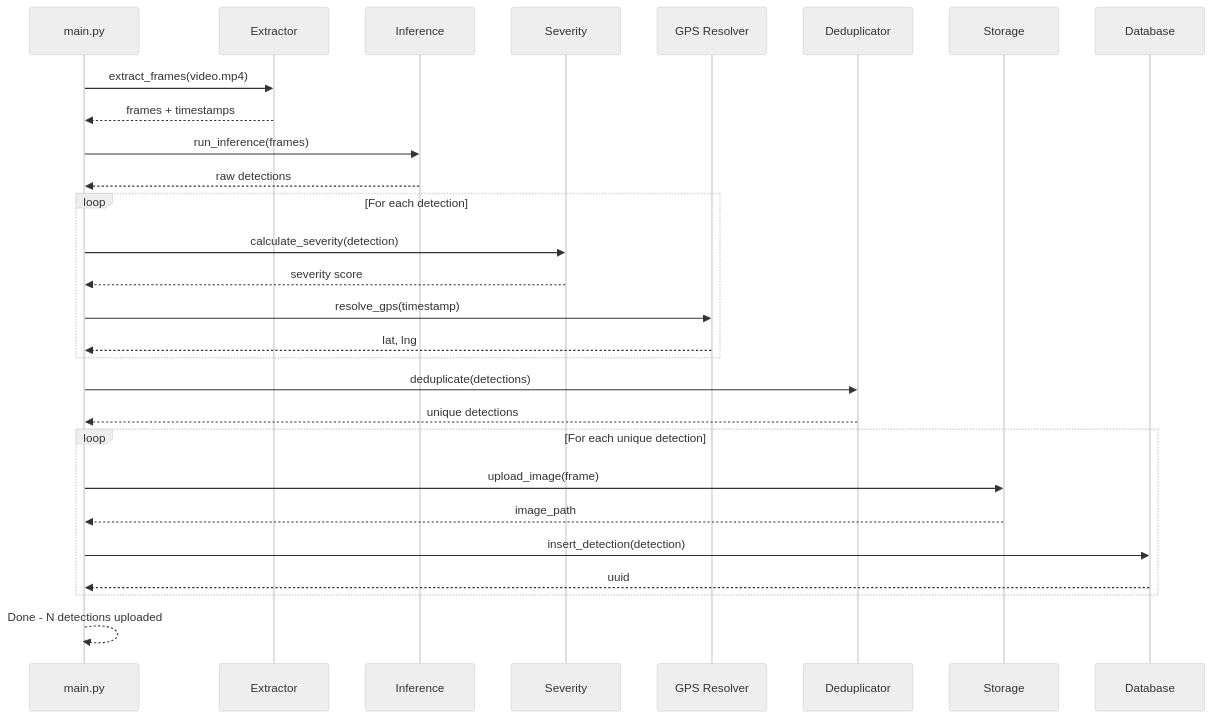
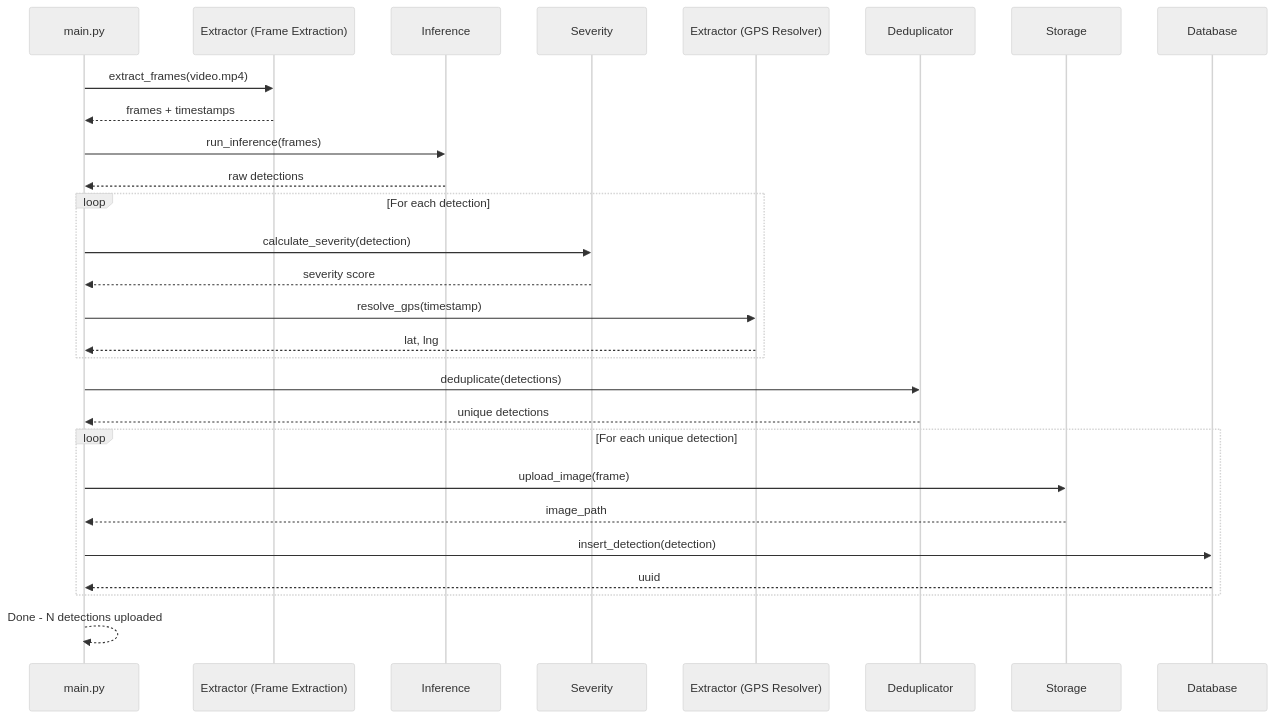
The second of 3 diagrams in README.md (omaribrahim6/roadsense), drawn with Mermaid (neutral theme) before and after one commit. The commit also changed other lines of this file, not shown here.

Commit message:
Updated sequence actors in README

````diff
--- a/README.md
+++ b/README.md
@@ -57,36 +57,36 @@
 ```mermaid
 sequenceDiagram
     participant CLI as main.py
-    participant Ext as Extractor
+    participant Ext as Extractor (Frame Extraction)
     participant YOLO as Inference
     participant Sev as Severity
-    participant GPS as GPS Resolver
+    participant GPS as Extractor (GPS Resolver)
     participant Dup as Deduplicator
     participant Store as Storage
     participant DB as Database
     
     CLI->>Ext: extract_frames(video.mp4)
     Ext-->>CLI: frames + timestamps
     
     CLI->>YOLO: run_inference(frames)
     YOLO-->>CLI: raw detections
     
     loop For each detection
         CLI->>Sev: calculate_severity(detection)
         Sev-->>CLI: severity score
         CLI->>GPS: resolve_gps(timestamp)
         GPS-->>CLI: lat, lng
     end
     
     CLI->>Dup: deduplicate(detections)
     Dup-->>CLI: unique detections
     
     loop For each unique detection
         CLI->>Store: upload_image(frame)
         Store-->>CLI: image_path
         CLI->>DB: insert_detection(detection)
         DB-->>CLI: uuid
     end
     
     CLI-->>CLI: Done - N detections uploaded
 ```
````
